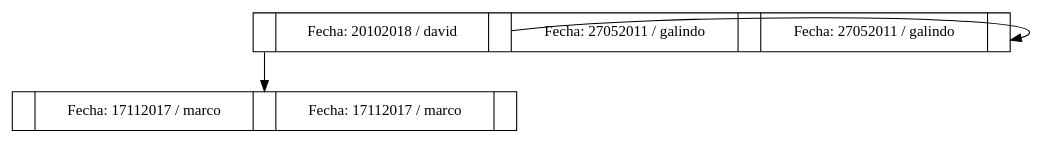
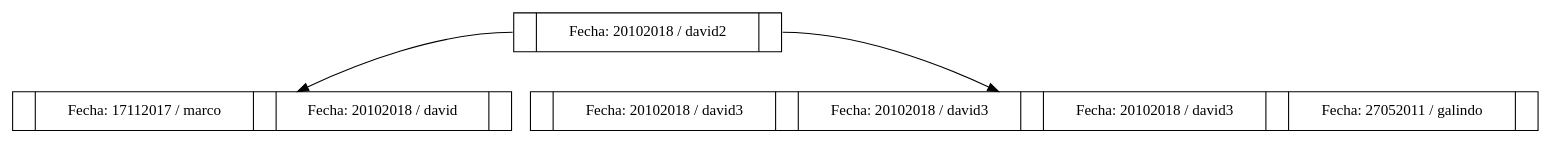
Before and after one commit to EstrellitaArmas/Proyecto2s22017_201212919: the diagram in arbolB.dot, drawn with Graphviz. The commit also changed 12 other files, not shown here.

```diff
--- a/arbolB.dot
+++ b/arbolB.dot
@@ -1,9 +1,9 @@
 digraph G{
 node [shape = record];
 rankdir = TD;
-activo_david [label= "<r0> | <cl1>Fecha: 20102018 / david &#92; | <r1> "];
-activo_david:r0 -> activo_marco;
-activo_david:r1 -> activo_david;
-activo_marco [label= "<r0> | <cl1>Fecha: 17112017 / marco &#92; | <r1> | <cl2>Fecha: 17112017 / marco &#92; | <r2> "];
-activo_david [label= "<r0> | <cl1>Fecha: 20102018 / david &#92; | <r1> | <cl2>Fecha: 27052011 / galindo &#92; | <r2> | <cl3>Fecha: 27052011 / galindo &#92; | <r3> "];
+activo_david2 [label= "<r0> | <cl1>Fecha: 20102018 / david2 &#92; | <r1> "];
+activo_david2:r0 -> activo_marco;
+activo_david2:r1 -> activo_david3;
+activo_marco [label= "<r0> | <cl1>Fecha: 17112017 / marco &#92; | <r1> | <cl2>Fecha: 20102018 / david &#92; | <r2> "];
+activo_david3 [label= "<r0> | <cl1>Fecha: 20102018 / david3 &#92; | <r1> | <cl2>Fecha: 20102018 / david3 &#92; | <r2> | <cl3>Fecha: 20102018 / david3 &#92; | <r3> | <cl4>Fecha: 27052011 / galindo &#92; | <r4> "];
 }
```
